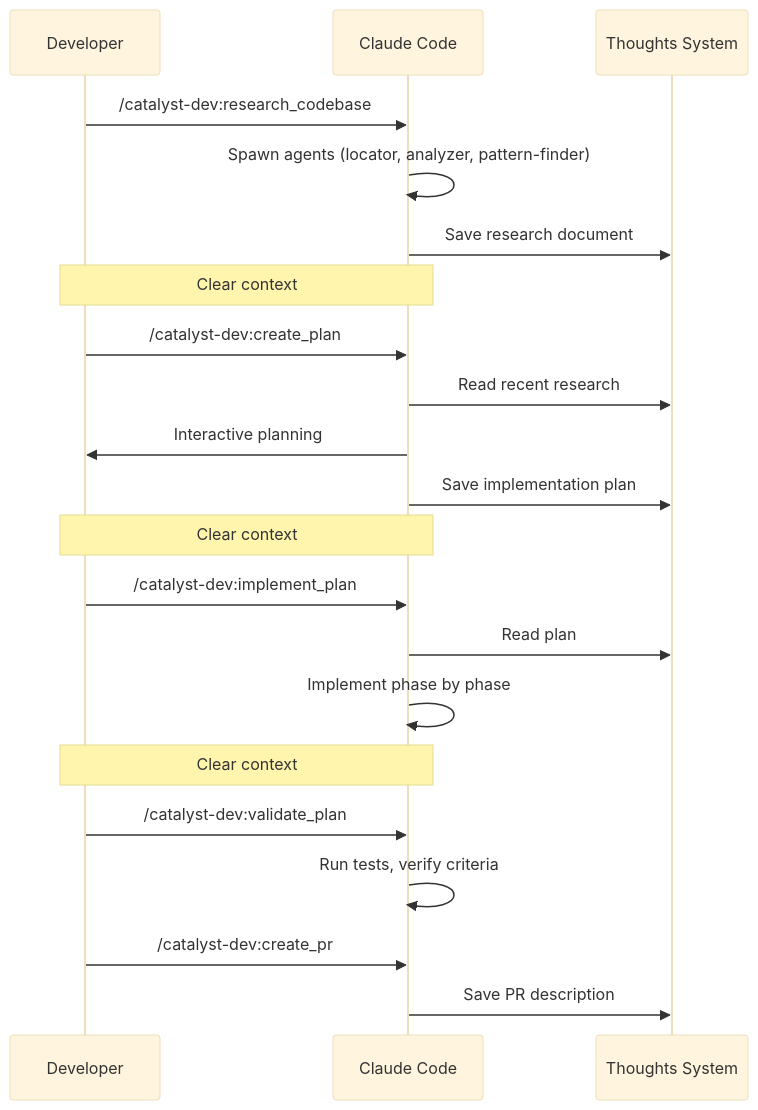
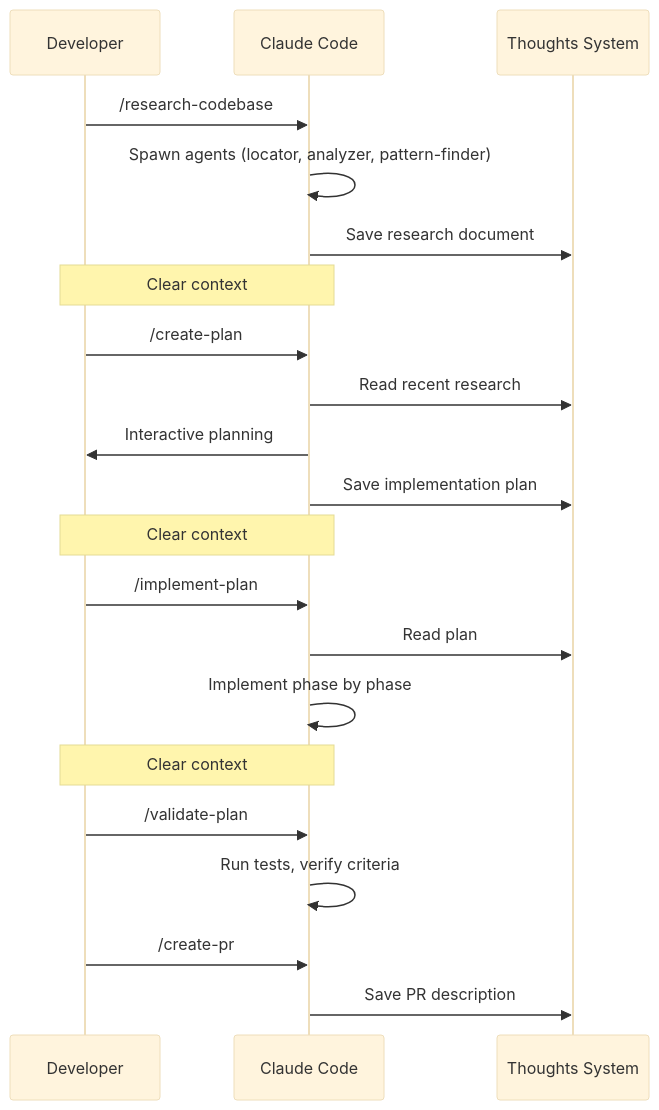
The diagram in website/src/content/docs/reference/workflows.md (coalesce-labs/catalyst), drawn with Mermaid (base theme) before and after one commit. The commit also changed other lines of this file and 7 other files, not shown here.

````diff
--- a/website/src/content/docs/reference/workflows.md
+++ b/website/src/content/docs/reference/workflows.md
@@ -12,27 +12,27 @@
 ```mermaid
 sequenceDiagram
     participant Dev as Developer
     participant CC as Claude Code
     participant T as Thoughts System
 
-    Dev->>CC: /catalyst-dev:research_codebase
+    Dev->>CC: /research-codebase
     CC->>CC: Spawn agents (locator, analyzer, pattern-finder)
     CC->>T: Save research document
     Note over Dev,CC: Clear context
 
-    Dev->>CC: /catalyst-dev:create_plan
+    Dev->>CC: /create-plan
     CC->>T: Read recent research
     CC->>Dev: Interactive planning
     CC->>T: Save implementation plan
     Note over Dev,CC: Clear context
 
-    Dev->>CC: /catalyst-dev:implement_plan
+    Dev->>CC: /implement-plan
     CC->>T: Read plan
     CC->>CC: Implement phase by phase
     Note over Dev,CC: Clear context
 
-    Dev->>CC: /catalyst-dev:validate_plan
+    Dev->>CC: /validate-plan
     CC->>CC: Run tests, verify criteria
-    Dev->>CC: /catalyst-dev:create_pr
+    Dev->>CC: /create-pr
     CC->>T: Save PR description
 ```
````
